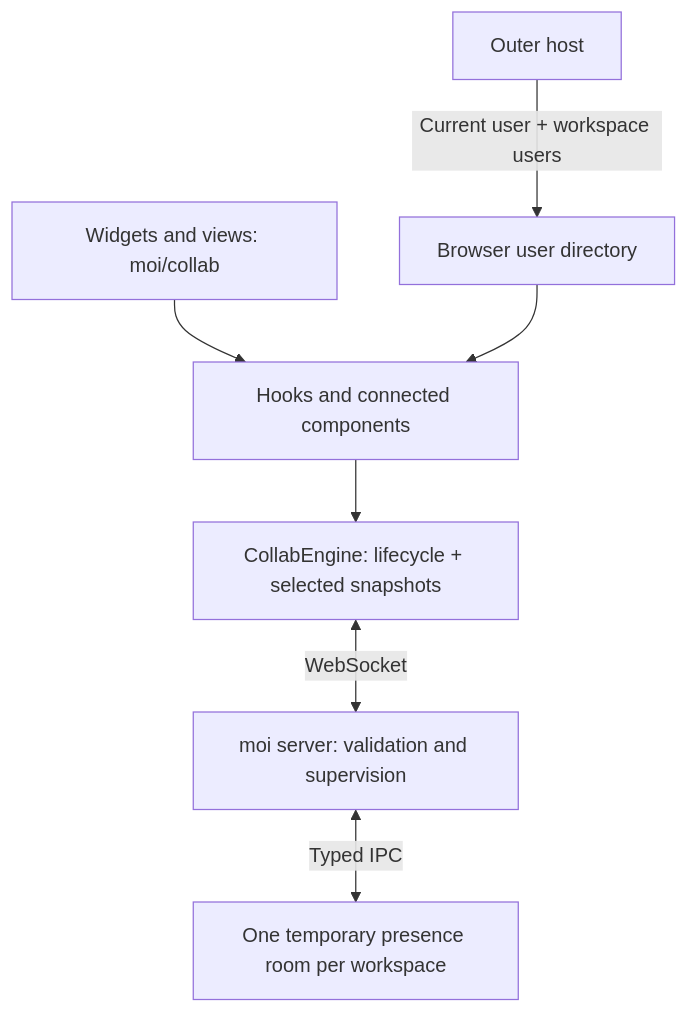
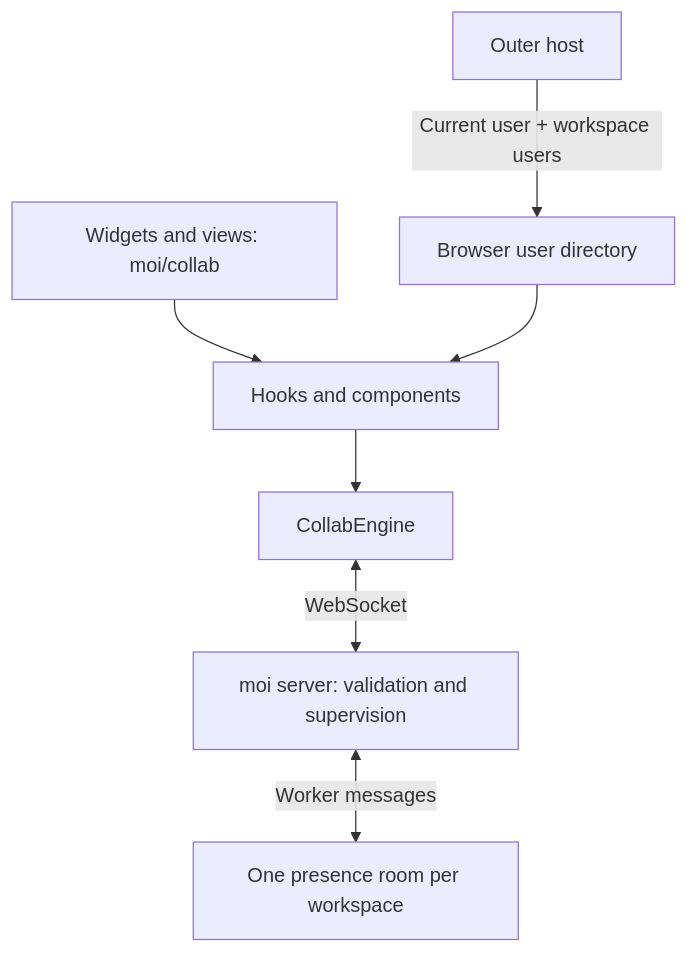
Before and after one commit to molefrog/moi: the diagram in docs/rfc-collab.md, drawn with Mermaid. The commit also changed other lines of this file and 5 other files, not shown here.

````diff
--- a/docs/rfc-collab.md
+++ b/docs/rfc-collab.md
@@ -15,9 +34,9 @@
 ```mermaid
 flowchart TB
   Host["Outer host"] -->|"Current user + workspace users"| Directory["Browser user directory"]
-  Applets["Widgets and views: moi/collab"] --> Hooks["Hooks and connected components"]
+  Applets["Widgets and views: moi/collab"] --> Hooks["Hooks and components"]
   Directory --> Hooks
-  Hooks --> Engine["CollabEngine: lifecycle + selected snapshots"]
+  Hooks --> Engine["CollabEngine"]
   Engine <-->|WebSocket| Main["moi server: validation and supervision"]
-  Main <-->|Typed IPC| Room["One temporary presence room per workspace"]
+  Main <-->|Worker messages| Room["One presence room per workspace"]
 ```
````
